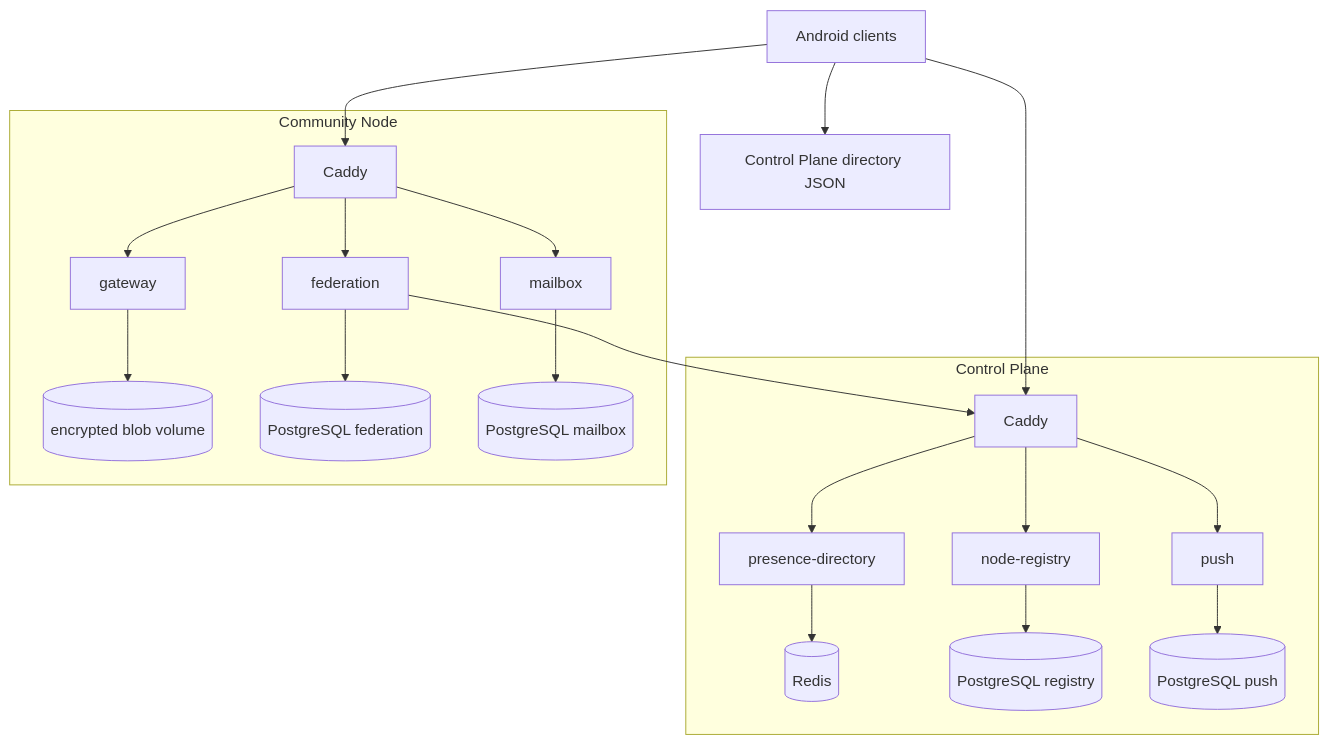
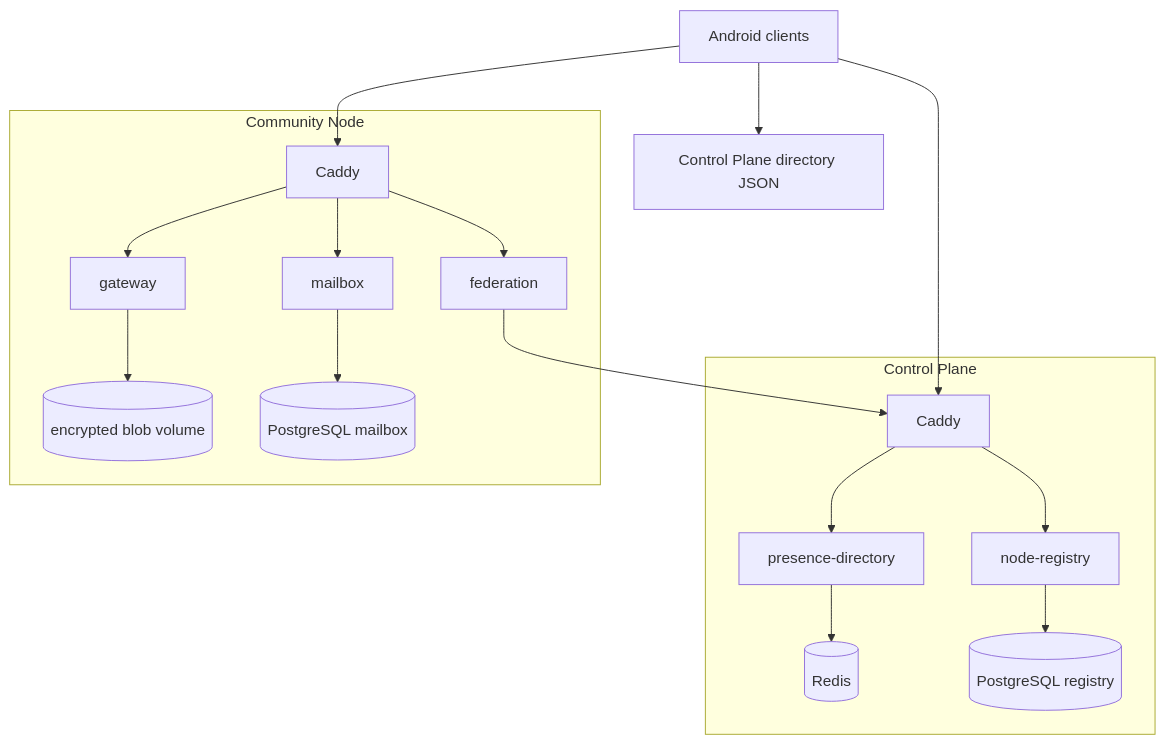
One commit to cbgm/Sparrow changed the first of 3 diagrams in docs/server/overview.md. Above: the diagram before and after it, drawn with Mermaid. The commit also changed other lines of this file and 1796 other files, not shown here.

````diff
--- a/docs/server/overview.md
+++ b/docs/server/overview.md
@@ -5,42 +5,36 @@
 ```mermaid
 flowchart TB
     APP[Android clients]
     DIR[Control Plane directory JSON]
 
     subgraph CP[Control Plane]
         CADDY1[Caddy]
         REG[node-registry]
         PRES[presence-directory]
         REDIS[(Redis)]
-        PUSH[push]
         PGREG[(PostgreSQL registry)]
-        PGPUSH[(PostgreSQL push)]
     end
 
     subgraph NODE[Community Node]
         CADDY2[Caddy]
         GW[gateway]
         BLOBS[(encrypted blob volume)]
         FED[federation]
         MB[mailbox]
-        PGFED[(PostgreSQL federation)]
         PGMB[(PostgreSQL mailbox)]
     end
 
     APP --> DIR
     APP --> CADDY1
     APP --> CADDY2
     CADDY1 --> REG
     CADDY1 --> PRES
-    CADDY1 --> PUSH
     REG --> PGREG
     PRES --> REDIS
-    PUSH --> PGPUSH
     CADDY2 --> GW
     GW --> BLOBS
     CADDY2 --> FED
     CADDY2 --> MB
-    FED --> PGFED
     MB --> PGMB
     FED --> CADDY1
 ```
````
